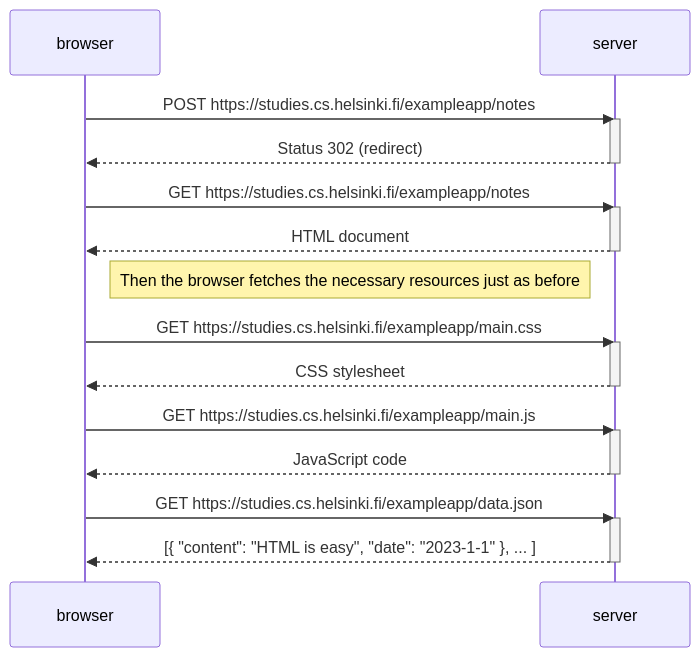
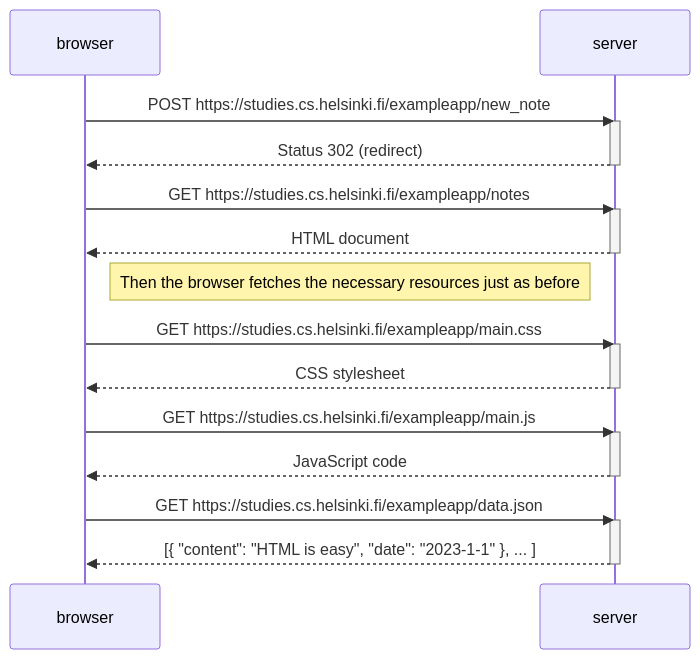
Before and after one commit to TatuLaras/fullstackopen: the diagram in osa0/0_4.md, drawn with Mermaid.

````diff
--- a/osa0/0_4.md
+++ b/osa0/0_4.md
@@ -1,33 +1,33 @@
 ```mermaid
 sequenceDiagram
     participant browser
     participant server
     
-    browser->>server: POST https://studies.cs.helsinki.fi/exampleapp/notes
+    browser->>server: POST https://studies.cs.helsinki.fi/exampleapp/new_note
     activate server
     server-->>browser: Status 302 (redirect)
     deactivate server
     
     browser->>server: GET https://studies.cs.helsinki.fi/exampleapp/notes
     activate server
     server-->>browser: HTML document
     deactivate server
 
     Note right of browser: Then the browser fetches the necessary resources just as before
 
     browser->>server: GET https://studies.cs.helsinki.fi/exampleapp/main.css
     activate server
     server-->>browser: CSS stylesheet
     deactivate server
     
     browser->>server: GET https://studies.cs.helsinki.fi/exampleapp/main.js
     activate server
     server-->>browser: JavaScript code
     deactivate server
     
     browser->>server: GET https://studies.cs.helsinki.fi/exampleapp/data.json
     activate server
     server-->>browser: [{ "content": "HTML is easy", "date": "2023-1-1" }, ... ]
     deactivate server    
 
 ```
````
